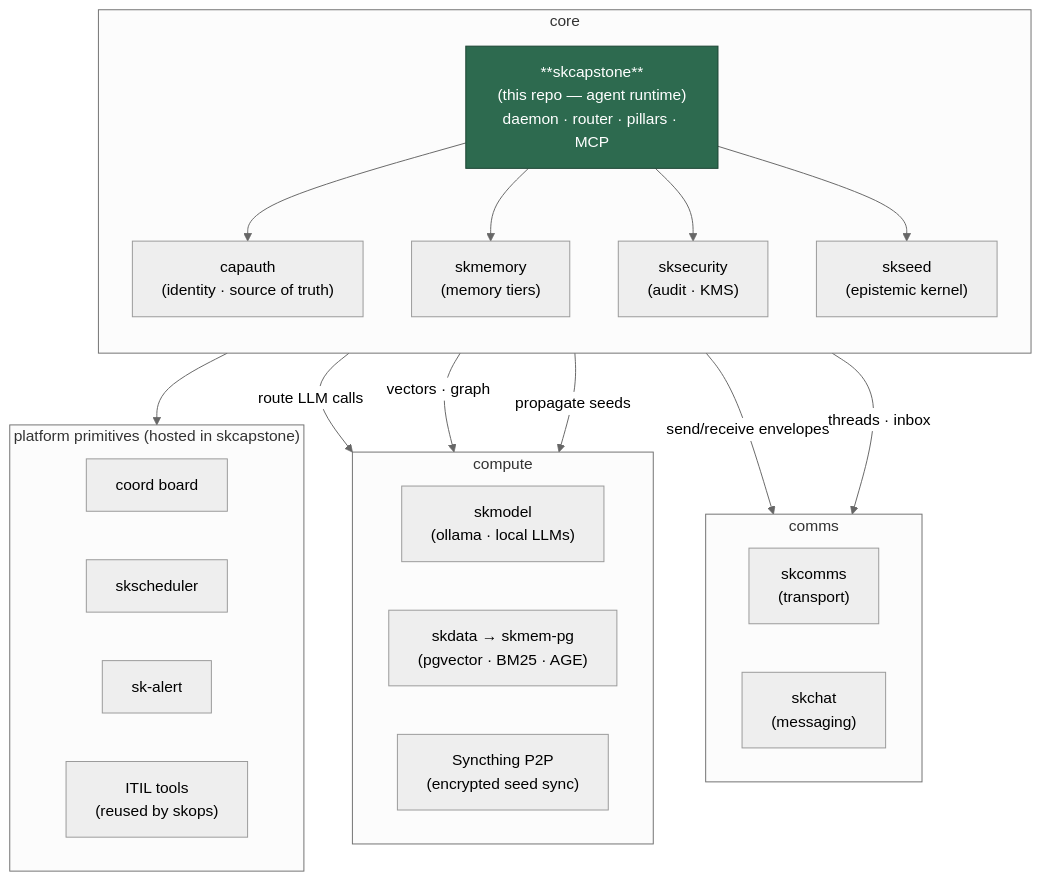
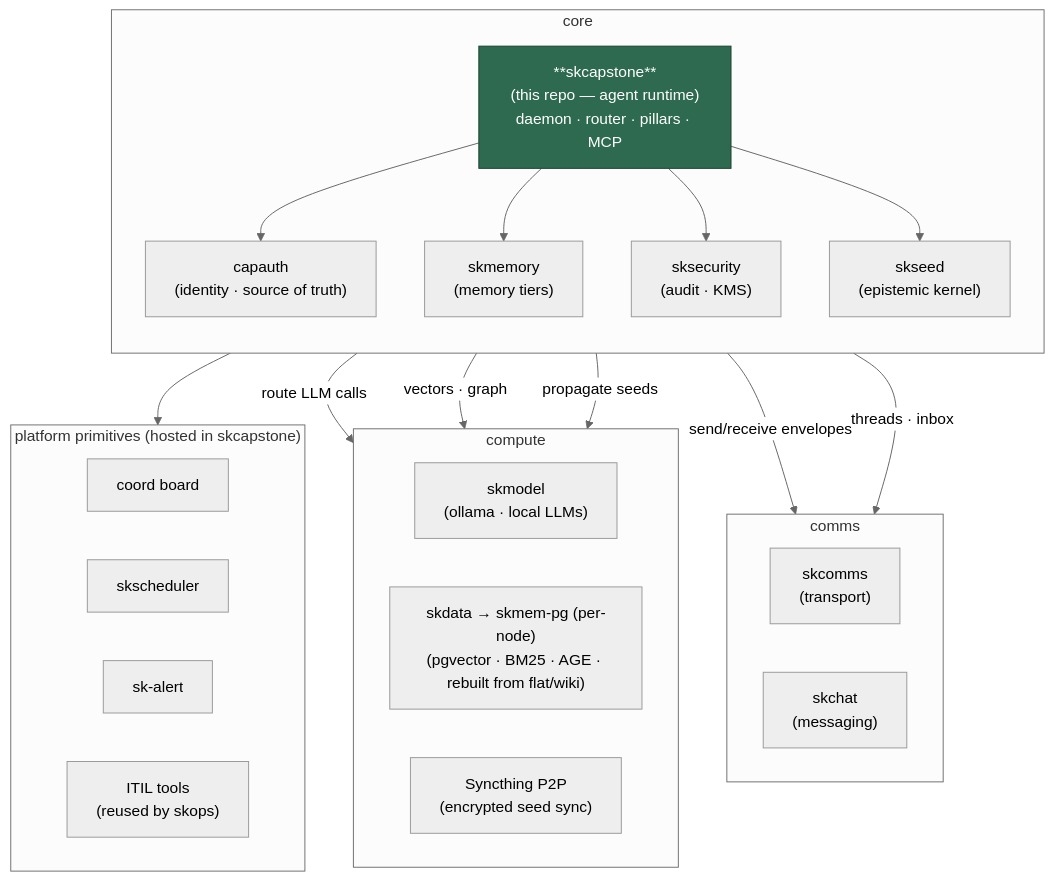
The eighth of 8 diagrams in docs/ARCHITECTURE.md (smilinTux/skcapstone), drawn with Mermaid (neutral theme) before and after one commit. The commit also changed other lines of this file and 2 other files, not shown here.

First line of the commit message:
docs(skmem-pg): frame skmem-pg as a per-node rebuildable index, not a replicated substrate

````diff
--- a/docs/ARCHITECTURE.md
+++ b/docs/ARCHITECTURE.md
@@ -884,45 +891,45 @@
 ```mermaid
 flowchart TD
     subgraph CORE["core"]
       direction TB
       SKCAP["**skcapstone**<br/>(this repo — agent runtime)<br/>daemon · router · pillars · MCP"]
       CAPAUTH["capauth<br/>(identity · source of truth)"]
       SKMEM["skmemory<br/>(memory tiers)"]
       SKSEC["sksecurity<br/>(audit · KMS)"]
       SKSEED["skseed<br/>(epistemic kernel)"]
     end
 
     subgraph PLAT["platform primitives (hosted in skcapstone)"]
       direction LR
       COORD["coord board"]
       SCHED["skscheduler"]
       ALERT["sk-alert"]
       ITILP["ITIL tools<br/>(reused by skops)"]
     end
 
     subgraph COMMS["comms"]
       direction LR
       SKCOMMS["skcomms<br/>(transport)"]
       SKCHAT["skchat<br/>(messaging)"]
     end
 
     subgraph COMPUTE["compute"]
       direction LR
       SKMODEL["skmodel<br/>(ollama · local LLMs)"]
-      SKDATA["skdata → skmem-pg<br/>(pgvector · BM25 · AGE)"]
+      SKDATA["skdata → skmem-pg (per-node)<br/>(pgvector · BM25 · AGE · rebuilt from flat/wiki)"]
       SYNCT["Syncthing P2P<br/>(encrypted seed sync)"]
     end
 
     SKCAP --> CAPAUTH
     SKCAP --> SKMEM
     SKCAP --> SKSEC
     SKCAP --> SKSEED
     SKCAP --> PLAT
     SKCAP -->|"send/receive envelopes"| SKCOMMS
     SKCAP -->|"threads · inbox"| SKCHAT
     SKCAP -->|"route LLM calls"| SKMODEL
     SKCAP -->|"vectors · graph"| SKDATA
     SKCAP -->|"propagate seeds"| SYNCT
 
     style SKCAP fill:#2d6a4f,color:#fff,stroke:#1b4332
 ```
````
